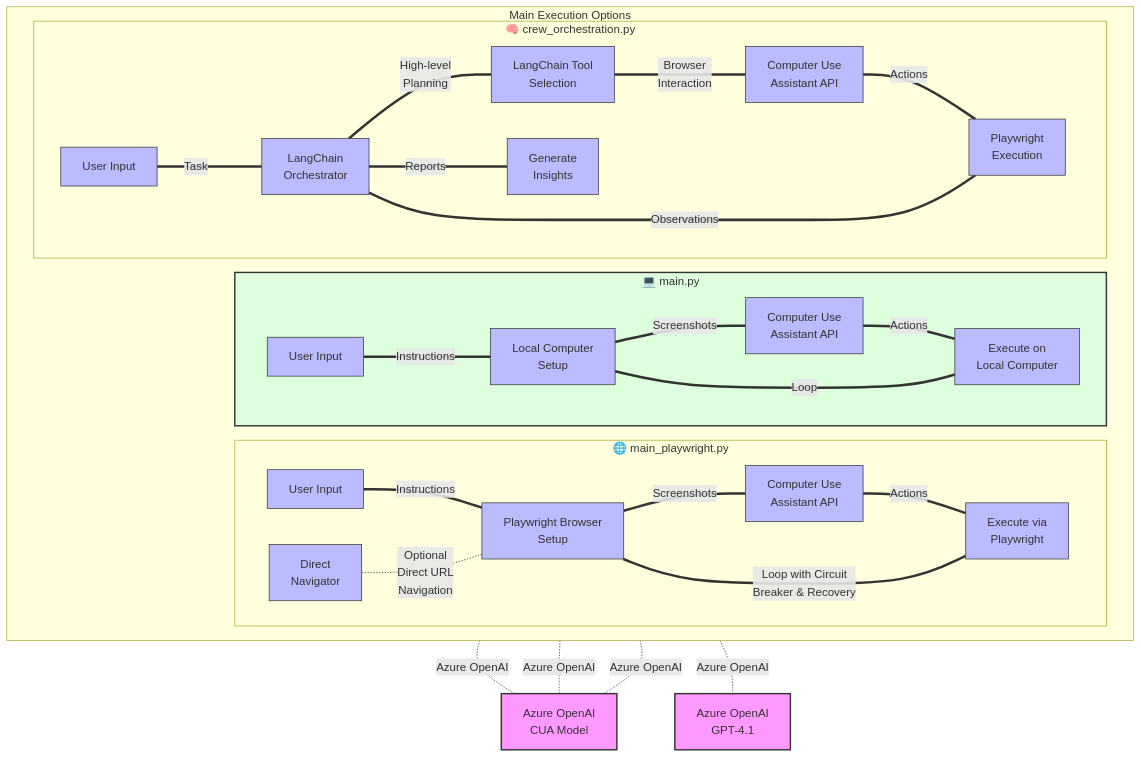
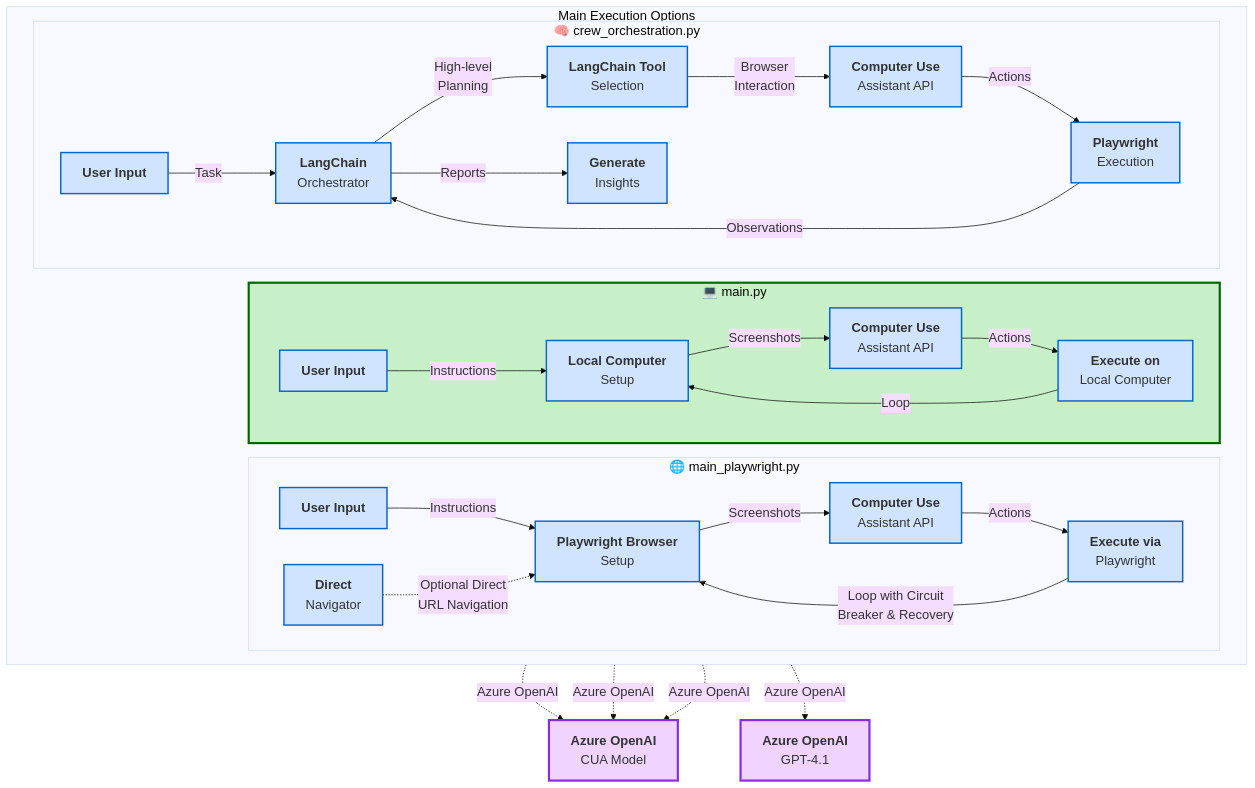
The diagram in architecture-diagram.mmd (shyamsridhar123/MultiAgent-CUA), drawn with Mermaid before and after one commit. The commit also changed 1 other file, not shown here.

Commit message:
Updated Mermaid diagram to include the new architecture

```diff
--- a/architecture-diagram.mmd
+++ b/architecture-diagram.mmd
@@ -1,41 +1,42 @@
+%%{init: {'theme': 'base', 'themeVariables': {'fontSize': '18px', 'fontFamily': 'Arial, sans-serif'}}}%%
 flowchart TD
     subgraph "Main Execution Options"
         direction LR
         
         subgraph main.py["💻 main.py"]
-            m1[User Input] ===|Instructions| m2[Local Computer\nSetup]
-            m2 ===|Screenshots| m3[Computer Use\nAssistant API]
-            m3 ===|Actions| m4[Execute on\nLocal Computer]
-            m4 ===|Loop| m2
+            m1["<b>User Input</b>"] -->|Instructions| m2["<b>Local Computer</b><br>Setup"]
+            m2 -->|Screenshots| m3["<b>Computer Use</b><br>Assistant API"]
+            m3 -->|Actions| m4["<b>Execute on</b><br>Local Computer"]
+            m4 -->|Loop| m2
         end
         
         subgraph main_playwright["🌐 main_playwright.py"]
-            p1[User Input] ===|Instructions| p2[Playwright Browser\nSetup]
-            p2 ===|Screenshots| p3[Computer Use\nAssistant API]
-            p3 ===|Actions| p4[Execute via\nPlaywright]
-            p4 ===|Loop with Circuit\nBreaker & Recovery| p2
-            p5[Direct\nNavigator] -.-|Optional\nDirect URL\nNavigation| p2
+            p1["<b>User Input</b>"] -->|Instructions| p2["<b>Playwright Browser</b><br>Setup"]
+            p2 -->|Screenshots| p3["<b>Computer Use</b><br>Assistant API"]
+            p3 -->|Actions| p4["<b>Execute via</b><br>Playwright"]
+            p4 -->|Loop with Circuit<br>Breaker & Recovery| p2
+            p5["<b>Direct</b><br>Navigator"] -.->|Optional Direct<br>URL Navigation| p2
         end
         
         subgraph crew_orchestration["🧠 crew_orchestration.py"]
-            c1[User Input] ===|Task| c2[LangChain\nOrchestrator]
-            c2 ===|High-level\nPlanning| c3[LangChain Tool\nSelection]
-            c3 ===|Browser\nInteraction| c4[Computer Use\nAssistant API]
-            c4 ===|Actions| c5[Playwright\nExecution]
-            c5 ===|Observations| c2
-            c2 ===|Reports| c6[Generate\nInsights]
+            c1["<b>User Input</b>"] -->|Task| c2["<b>LangChain</b><br>Orchestrator"]
+            c2 -->|High-level<br>Planning| c3["<b>LangChain Tool</b><br>Selection"]
+            c3 -->|Browser<br>Interaction| c4["<b>Computer Use</b><br>Assistant API"]
+            c4 -->|Actions| c5["<b>Playwright</b><br>Execution"]
+            c5 -->|Observations| c2
+            c2 -->|Reports| c6["<b>Generate</b><br>Insights"]
         end
     end
     
-    m3 -.-|Azure OpenAI| API1[Azure OpenAI\nCUA Model]
-    p3 -.-|Azure OpenAI| API1
-    c4 -.-|Azure OpenAI| API1
-    c2 -.-|Azure OpenAI| API2[Azure OpenAI\nGPT-4.1]
+    m3 -.->|Azure OpenAI| API1["<b>Azure OpenAI</b><br>CUA Model"]
+    p3 -.->|Azure OpenAI| API1
+    c4 -.->|Azure OpenAI| API1
+    c2 -.->|Azure OpenAI| API2["<b>Azure OpenAI</b><br>GPT-4.1"]
     
-    classDef api fill:#f9f,stroke:#333,stroke-width:2px
-    classDef component fill:#bbf,stroke:#333,stroke-width:1px
-    classDef execution fill:#dfd,stroke:#333,stroke-width:2px
+    classDef api fill:#f0d4ff,stroke:#8A2BE2,stroke-width:3px
+    classDef component fill:#d0e4ff,stroke:#0066CC,stroke-width:2px
+    classDef execution fill:#c8f0c8,stroke:#006400,stroke-width:3px
     
     class API1,API2 api
     class m1,m2,m3,m4,p1,p2,p3,p4,p5,c1,c2,c3,c4,c5,c6 component
     class main.py,main_playwright.py,crew_orchestration.py execution
```
